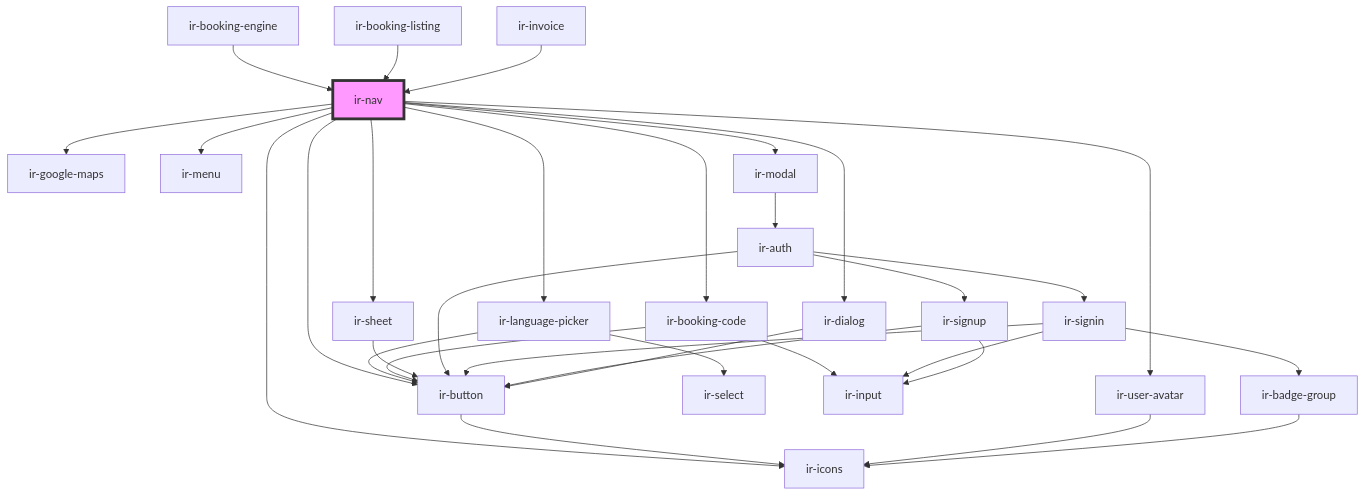
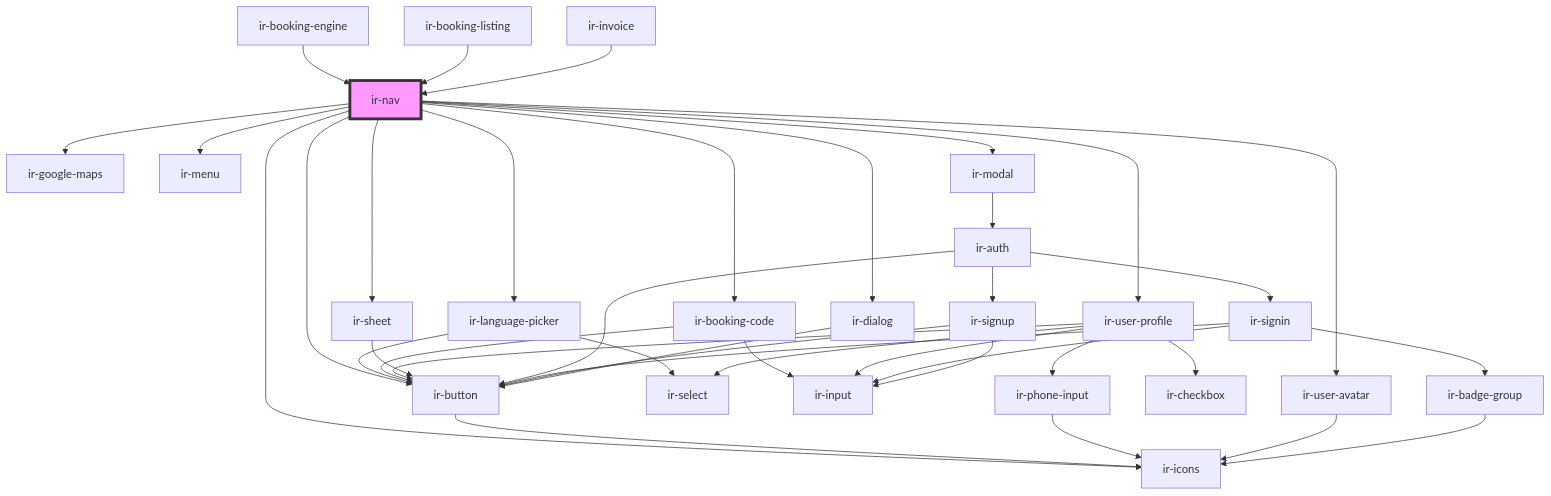
The diagram in src/components/ir-booking-engine/ir-nav/readme.md (RonyRizk/ir-be), drawn with Mermaid before and after one commit. The commit also changed other lines of this file and 89 other files, not shown here.

````diff
--- a/src/components/ir-booking-engine/ir-nav/readme.md
+++ b/src/components/ir-booking-engine/ir-nav/readme.md
@@ -50,35 +51,42 @@
 ```mermaid
 graph TD;
   ir-nav --> ir-language-picker
   ir-nav --> ir-booking-code
   ir-nav --> ir-google-maps
+  ir-nav --> ir-user-profile
   ir-nav --> ir-button
   ir-nav --> ir-menu
   ir-nav --> ir-user-avatar
   ir-nav --> ir-icons
   ir-nav --> ir-sheet
   ir-nav --> ir-modal
   ir-nav --> ir-dialog
   ir-language-picker --> ir-select
   ir-language-picker --> ir-button
   ir-button --> ir-icons
   ir-booking-code --> ir-input
   ir-booking-code --> ir-button
+  ir-user-profile --> ir-input
+  ir-user-profile --> ir-select
+  ir-user-profile --> ir-phone-input
+  ir-user-profile --> ir-checkbox
+  ir-user-profile --> ir-button
+  ir-phone-input --> ir-icons
   ir-user-avatar --> ir-icons
   ir-sheet --> ir-button
   ir-modal --> ir-auth
   ir-auth --> ir-signin
   ir-auth --> ir-signup
   ir-auth --> ir-button
   ir-signin --> ir-badge-group
   ir-signin --> ir-input
   ir-signin --> ir-button
   ir-badge-group --> ir-icons
   ir-signup --> ir-input
   ir-signup --> ir-button
   ir-dialog --> ir-button
   ir-booking-engine --> ir-nav
   ir-booking-listing --> ir-nav
   ir-invoice --> ir-nav
   style ir-nav fill:#f9f,stroke:#333,stroke-width:4px
 ```
````
